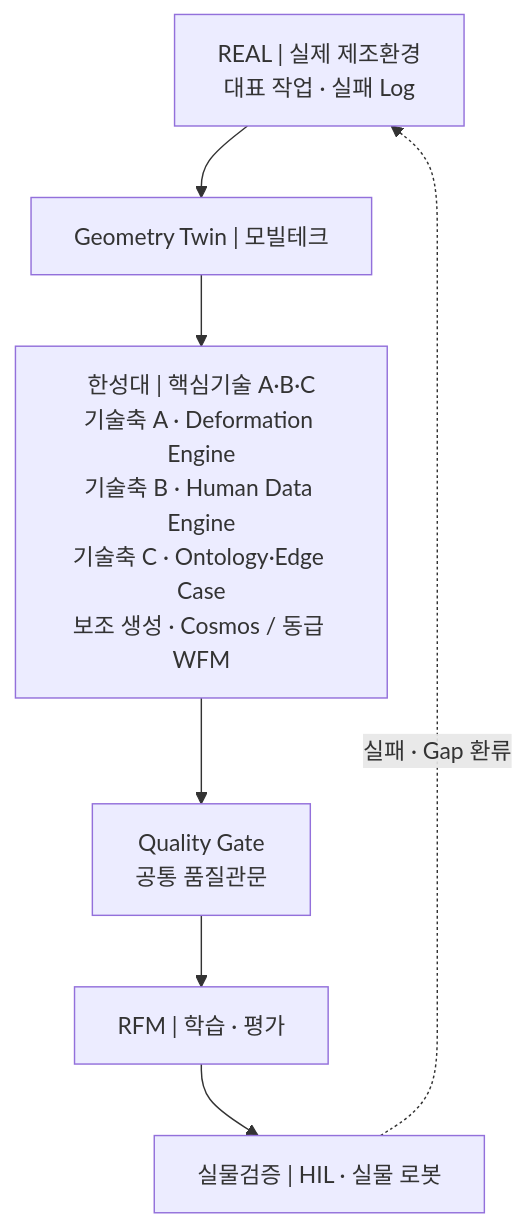
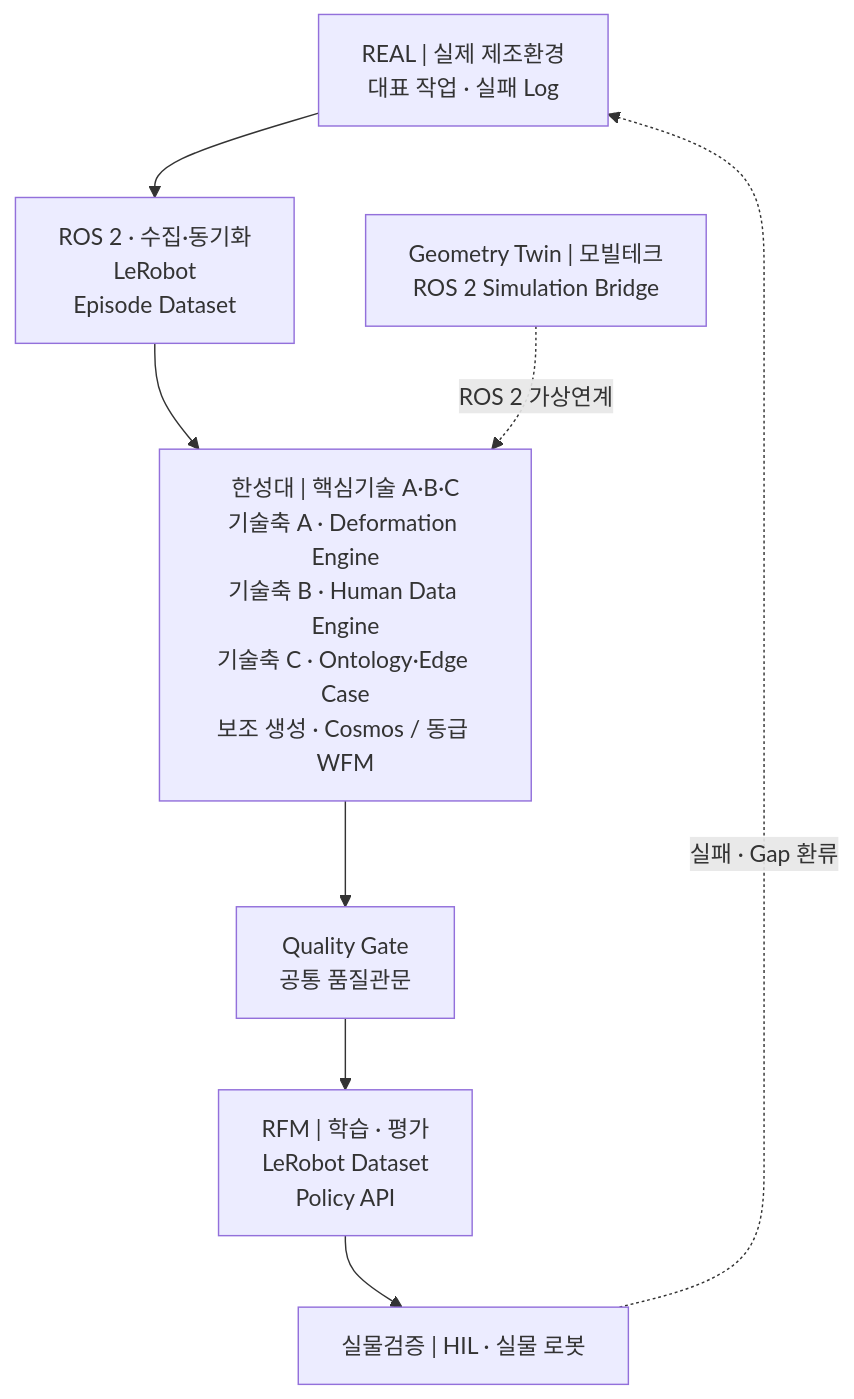
One commit to parclab-hsu/parclab-hsu.github.io changed the second of 2 diagrams in homepage-src/docs/projects/manufacturing-data-factory-rfm/index.md. Above: the diagram before and after it, drawn with Mermaid. The commit also changed other lines of this file and 4 other files, not shown here.

Commit message:
RFM 데이터 파이프라인 — ROS 2·LeRobot 연계 반영

````diff
--- a/homepage-src/docs/projects/manufacturing-data-factory-rfm/index.md
+++ b/homepage-src/docs/projects/manufacturing-data-factory-rfm/index.md
@@ -231,12 +234,14 @@
 ```mermaid
 flowchart TB
     REAL["REAL | 실제 제조환경<br/>대표 작업 · 실패 Log"]
-    GEO["Geometry Twin | 모빌테크"]
+    PIPE["ROS 2 · 수집·동기화<br/>LeRobot<br/>Episode Dataset"]
+    GEO["Geometry Twin | 모빌테크<br/>ROS 2 Simulation Bridge"]
     CORE["한성대 | 핵심기술 A·B·C<br/>기술축 A · Deformation Engine<br/>기술축 B · Human Data Engine<br/>기술축 C · Ontology·Edge Case<br/>보조 생성 · Cosmos / 동급 WFM"]
     GATE["Quality Gate<br/>공통 품질관문"]
-    RFM["RFM | 학습 · 평가"]
+    RFM["RFM | 학습 · 평가<br/>LeRobot Dataset<br/>Policy API"]
     TEST["실물검증 | HIL · 실물 로봇"]
 
-    REAL --> GEO --> CORE --> GATE --> RFM --> TEST
+    REAL --> PIPE --> CORE --> GATE --> RFM --> TEST
+    GEO -. "ROS 2 가상연계" .-> CORE
     TEST -. "실패 · Gap 환류" .-> REAL
 ```
````
